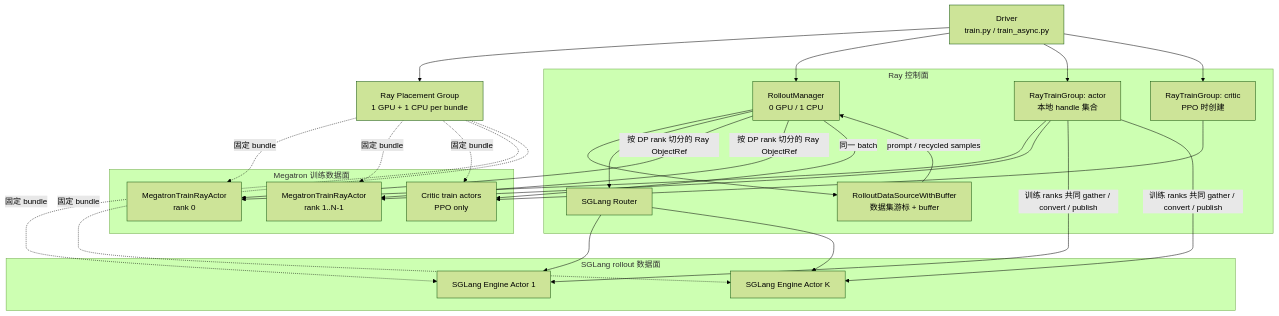
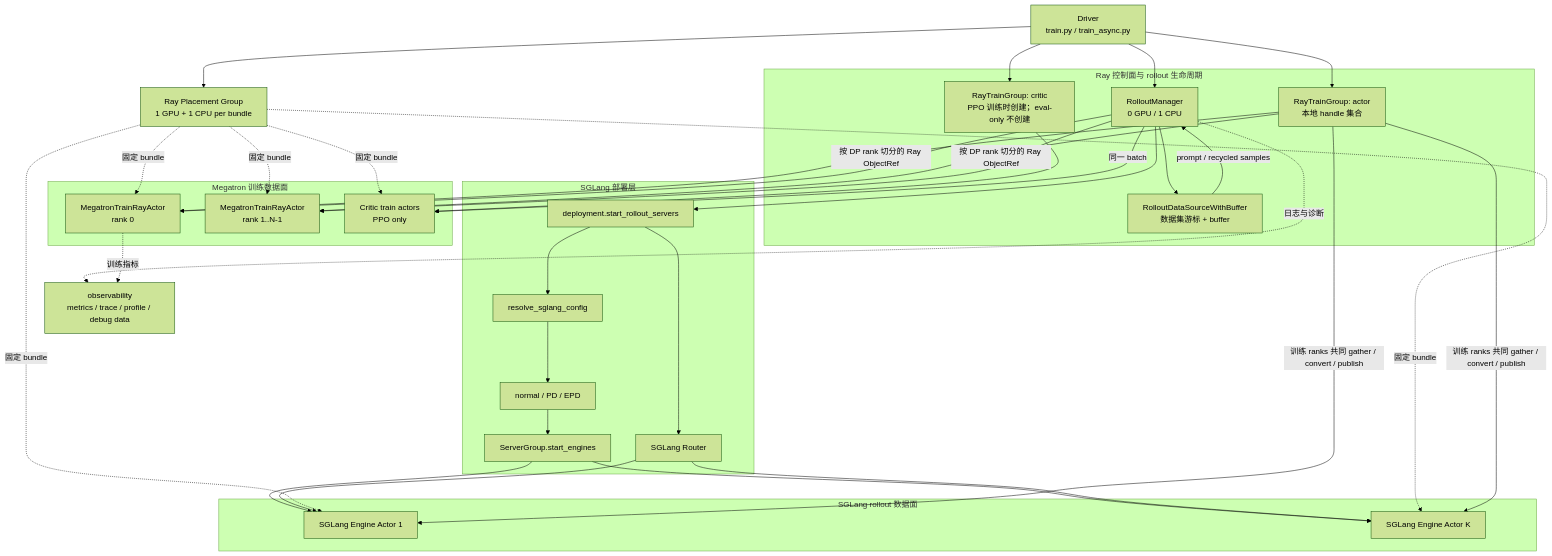
One commit to keepkeen/slime changed the first of 2 diagrams in docs/zh/interview_guide/02-architecture-and-control-flow.md. Above: the diagram before and after it, drawn with Mermaid (forest theme). The commit also changed other lines of this file and 13 other files, not shown here.

````diff
--- a/docs/zh/interview_guide/02-architecture-and-control-flow.md
+++ b/docs/zh/interview_guide/02-architecture-and-control-flow.md
@@ -17,47 +17,64 @@
 ```mermaid
 flowchart TB
     Driver["Driver<br/>train.py / train_async.py"]
     PG["Ray Placement Group<br/>1 GPU + 1 CPU per bundle"]
 
-    subgraph Control[Ray 控制面]
+    subgraph Control[Ray 控制面与 rollout 生命周期]
         RM["RolloutManager<br/>0 GPU / 1 CPU"]
         ATG["RayTrainGroup: actor<br/>本地 handle 集合"]
-        CTG["RayTrainGroup: critic<br/>PPO 时创建"]
+        CTG["RayTrainGroup: critic<br/>PPO 训练时创建；eval-only 不创建"]
         DS["RolloutDataSourceWithBuffer<br/>数据集游标 + buffer"]
+    end
+
+    subgraph Deploy[SGLang 部署层]
+        DEP["deployment.start_rollout_servers"]
+        CFG["resolve_sglang_config"]
+        TOPO["normal / PD / EPD"]
+        GROUP["ServerGroup.start_engines"]
         Router["SGLang Router"]
     end
 
     subgraph Training[Megatron 训练数据面]
         A0["MegatronTrainRayActor<br/>rank 0"]
         AN["MegatronTrainRayActor<br/>rank 1..N-1"]
         C0["Critic train actors<br/>PPO only"]
     end
 
     subgraph Rollout[SGLang rollout 数据面]
         E1["SGLang Engine Actor 1"]
         EK["SGLang Engine Actor K"]
     end
 
+    OBS["observability<br/>metrics / trace / profile / debug data"]
+
     Driver --> PG
     Driver --> RM
     Driver --> ATG
     Driver --> CTG
     RM --> DS
-    RM --> Router
+    RM --> DEP
+    DEP --> CFG
+    CFG --> TOPO
+    TOPO --> GROUP
+    DEP --> Router
+    GROUP --> E1
+    GROUP --> EK
     Router --> E1
     Router --> EK
     ATG --> A0
     ATG --> AN
     CTG --> C0
     PG -.固定 bundle.-> A0
     PG -.固定 bundle.-> AN
     PG -.固定 bundle.-> C0
     PG -.固定 bundle.-> E1
     PG -.固定 bundle.-> EK
     DS -->|prompt / recycled samples| RM
     RM -->|按 DP rank 切分的 Ray ObjectRef| A0
     RM -->|按 DP rank 切分的 Ray ObjectRef| AN
     RM -->|同一 batch| C0
     ATG -->|训练 ranks 共同 gather / convert / publish| E1
     ATG -->|训练 ranks 共同 gather / convert / publish| EK
+    RM -.日志与诊断.-> OBS
+    A0 -.训练指标.-> OBS
 ```
````
